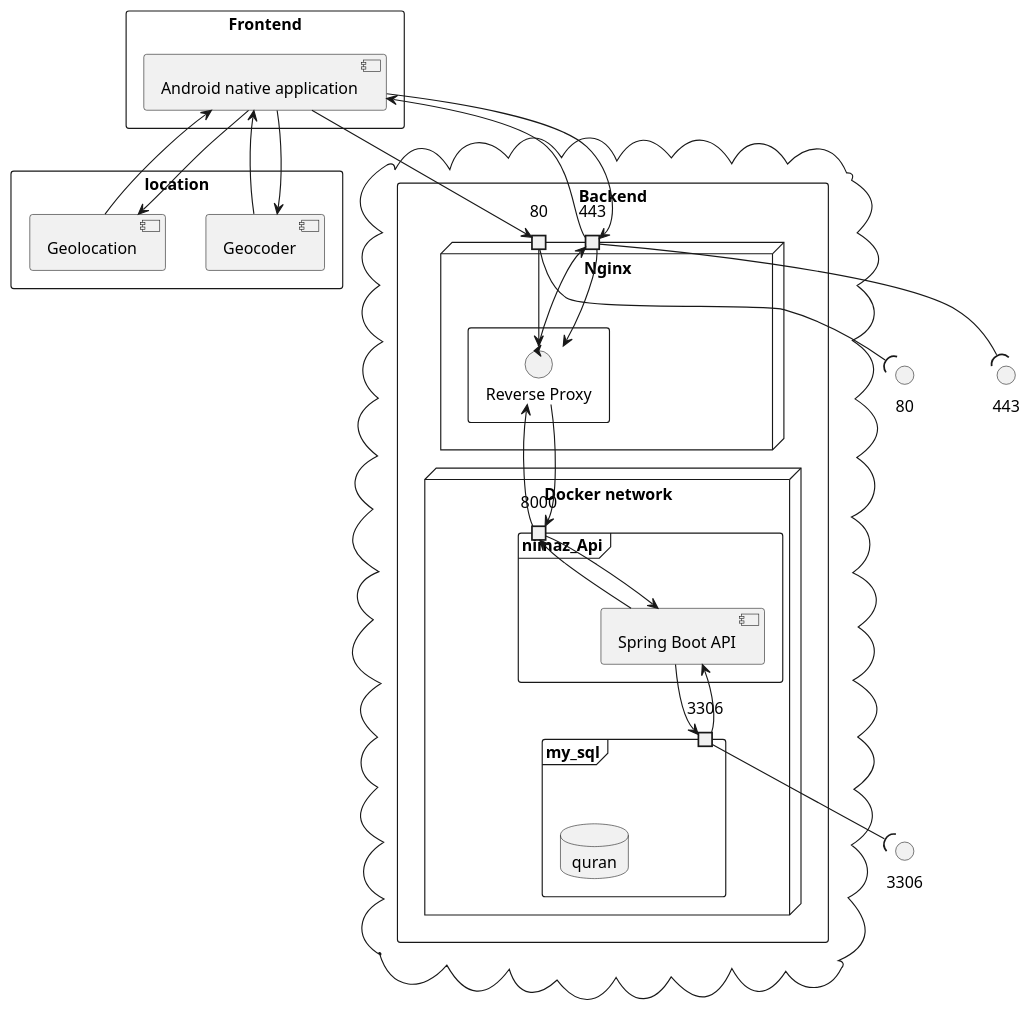
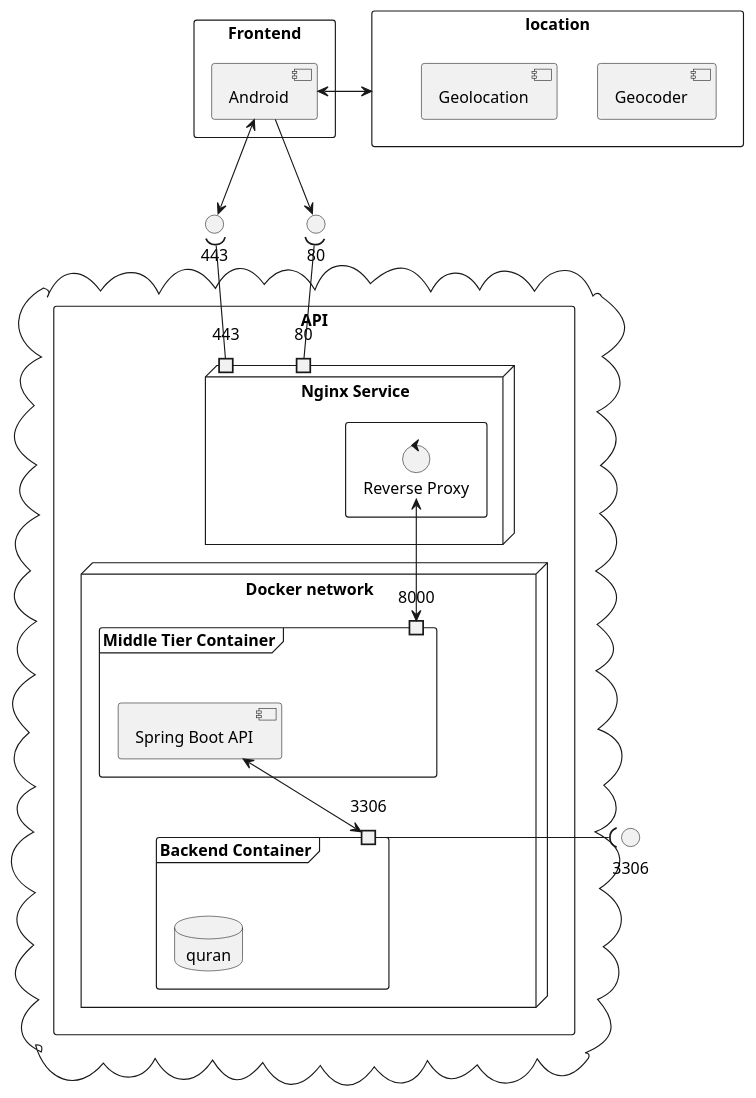
The diagram in app/src/main/java/com/arshadshah/nimaz/diagrams/arcitecture/Arcitecture.puml (arshad-shah/Nimaz), drawn with PlantUML before and after one commit. The commit also changed 21 other files, not shown here.

```diff
--- a/app/src/main/java/com/arshadshah/nimaz/diagrams/arcitecture/Arcitecture.puml
+++ b/app/src/main/java/com/arshadshah/nimaz/diagrams/arcitecture/Arcitecture.puml
@@ -1,68 +1,48 @@
 @startuml
 rectangle "Frontend" as frontend{
-[Android native application] as Android
+[Android] as Android
 }
 
 rectangle location {
 [Geocoder]
 [Geolocation]
 }
 
 cloud {
-rectangle "Backend" as backend {
-    node "Nginx"{
+rectangle "API" as backend {
+    node "Nginx Service"{
         port 80 as HTTP
         port 443 as HTTPS
         rectangle {
             control "Reverse Proxy" as reverse_proxy
         }
     }
 
     node "Docker network" {
-        frame "my_sql" {
+        frame "Backend Container" {
             port 3306 as mysql
             database "quran"
         }
-        frame "nimaz_Api"{
-            port 8000 as nimaz_api
-            [Spring Boot API]
+        frame "Middle Tier Container"{
+            port 8000 as nimaz_api_port
+            [Spring Boot API] as Nimaz_API
         }
     }
-
-    'the nimaz_Api and my_sql are connected through docker network
-    'using port 3306
-    [Spring Boot API] --> mysql
-    mysql --> [Spring Boot API]
-
-
-    'nginx routes the request to nimaz_api using port 8080
-    [Android] --> HTTPS
-    [Android] --> HTTP
-    HTTP --> reverse_proxy
-    HTTPS --> reverse_proxy
-    reverse_proxy --> nimaz_api
-    nimaz_api --> [Spring Boot API]
-    [Spring Boot API] --> nimaz_api
-    nimaz_api --> reverse_proxy
-    reverse_proxy --> HTTPS
-    HTTPS --> [Android]
-
-    [Android] --> [Geocoder]
-    [Android] --> [Geolocation]
-    [Geocoder] --> [Android]
-    [Geolocation] --> [Android]
-
-
-
-
-    }
+  }
 }
 
 
-
-    mysql --(3306
-    HTTP --(80
-    HTTPS --(443
+' external ports
+    mysql -left-(3306
+    HTTP -up-(80
+    HTTPS -up-(443
 
 
+    Android -down-> 80
+    Android <-down-> 443
+    Android <-right-> location
+
+    reverse_proxy <-down-> nimaz_api_port
+
+    Nimaz_API <-down-> mysql
 @enduml
```
